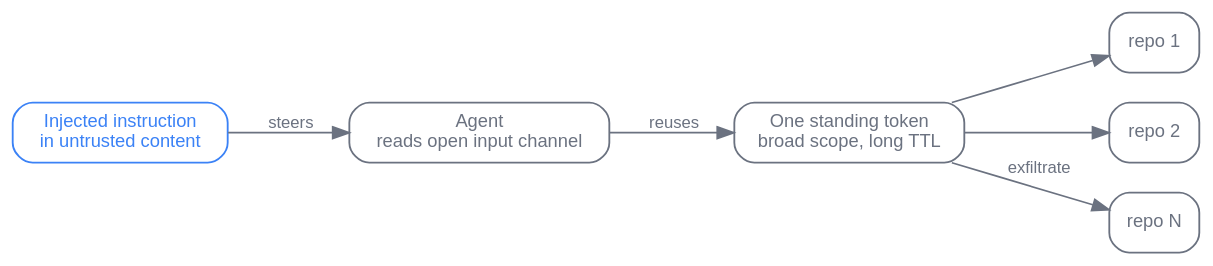
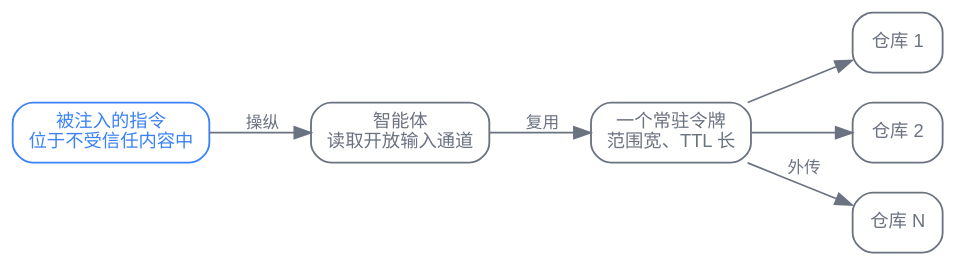
The first of 3 diagrams in zh/safety/03-security-authorization.qmd (latere-ai/ai-as-an-infrastructure), drawn with Graphviz before and after one commit. The commit also changed other lines of this file and 273 other files, not shown here.

Commit message:
docs: localize Chinese diagrams

````diff
--- a/zh/safety/03-security-authorization.qmd
+++ b/zh/safety/03-security-authorization.qmd
@@ -15,24 +15,24 @@
 ```{dot}
 //| label: fig-security-ambient-fanout
 //| fig-cap: "环境授权：一条被注入的指令继承了一个长期存在令牌的整个范围，于是爆炸半径就是该凭证所覆盖的每个资源的并集。参照 Invariant Labs 对 GitHub MCP 的披露（2025）。"
 digraph fanout {
   bgcolor="transparent";
   rankdir=LR;
   node [shape=box, fontname="Helvetica", fontsize=11, style="rounded", color="#6b7280", fontcolor="#6b7280", penwidth=1.1];
   edge [fontname="Helvetica", fontsize=10, color="#6b7280", fontcolor="#6b7280"];
 
-  inj  [label="Injected instruction\nin untrusted content", color="#3b82f6", fontcolor="#3b82f6"];
-  ag   [label="Agent\nreads open input channel"];
-  tok  [label="One standing token\nbroad scope, long TTL"];
+  inj  [label="被注入的指令\n位于不受信任内容中", color="#3b82f6", fontcolor="#3b82f6"];
+  ag   [label="智能体\n读取开放输入通道"];
+  tok  [label="一个常驻令牌\n范围宽、TTL 长"];
 
-  r1 [label="repo 1"];
-  r2 [label="repo 2"];
-  rn [label="repo N"];
+  r1 [label="仓库 1"];
+  r2 [label="仓库 2"];
+  rn [label="仓库 N"];
 
-  inj -> ag [label="  steers"];
-  ag  -> tok [label="  reuses"];
+  inj -> ag [label="  操纵"];
+  ag  -> tok [label="  复用"];
   tok -> r1;
   tok -> r2;
-  tok -> rn [label="  exfiltrate"];
+  tok -> rn [label="  外传"];
 }
 ```
````
